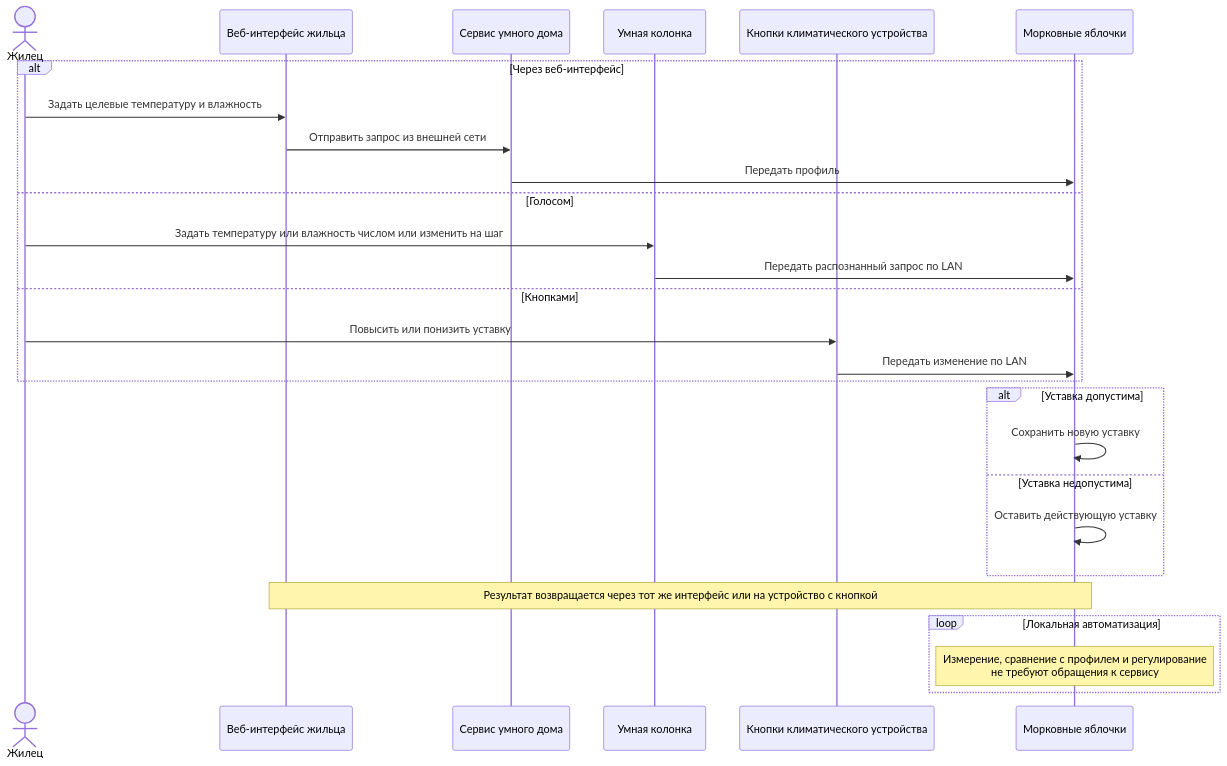
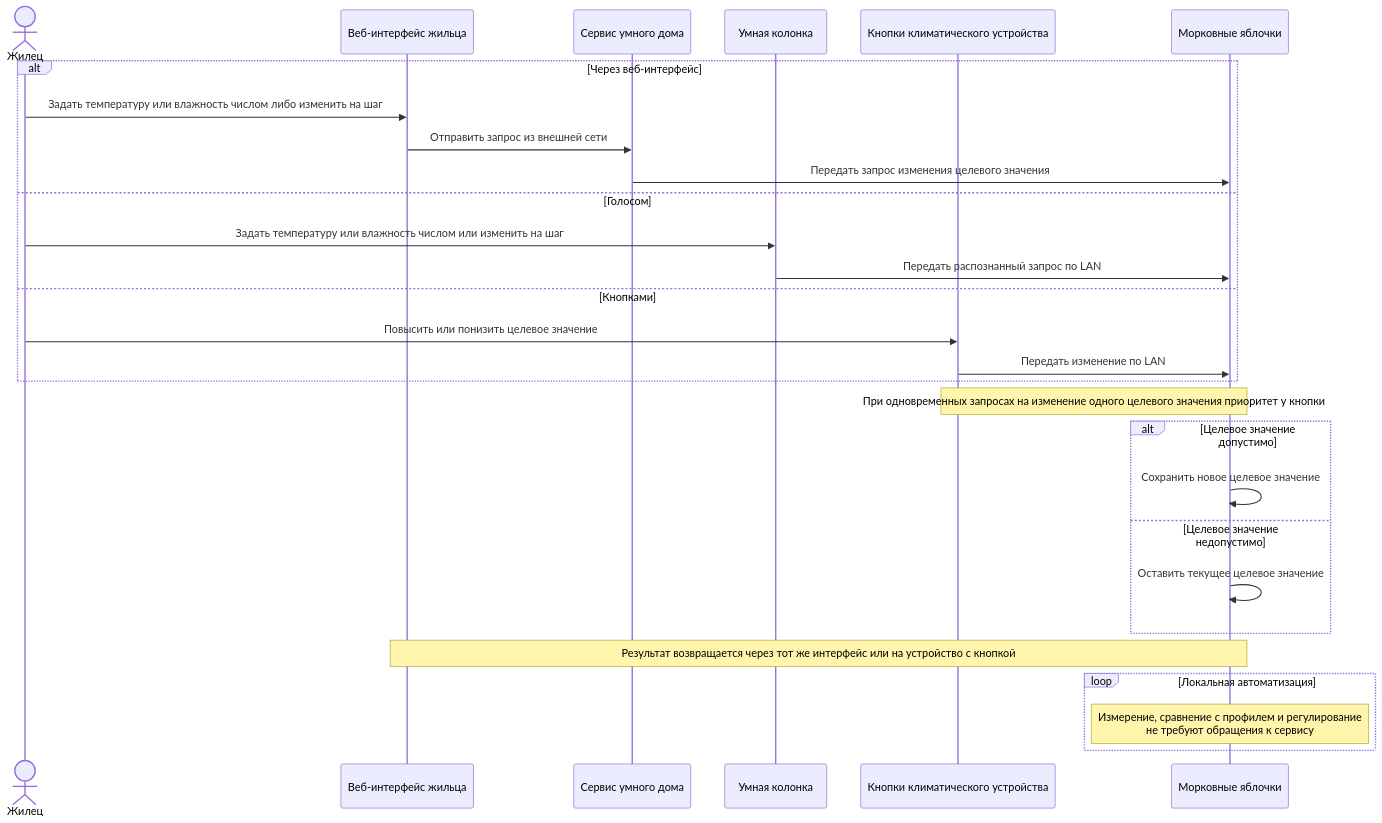
Before and after one commit to BPLA-Team/carrot-apples: the diagram in customer_side/base_scenarios/S01_CLIMATE.md, drawn with Mermaid. The commit also changed other lines of this file and 5 other files, not shown here.

````diff
--- a/customer_side/base_scenarios/S01_CLIMATE.md
+++ b/customer_side/base_scenarios/S01_CLIMATE.md
@@ -3,29 +3,30 @@
 ```mermaid
 sequenceDiagram
     actor R as Жилец
     participant W as Веб-интерфейс жильца
     participant S as Сервис умного дома
     participant K as Умная колонка
     participant B as Кнопки климатического устройства
     participant H as Морковные яблочки
     alt Через веб-интерфейс
-        R->>W: Задать целевые температуру и влажность
+        R->>W: Задать температуру или влажность числом либо изменить на шаг
         W->>S: Отправить запрос из внешней сети
-        S->>H: Передать профиль
+        S->>H: Передать запрос изменения целевого значения
     else Голосом
         R->>K: Задать температуру или влажность числом или изменить на шаг
         K->>H: Передать распознанный запрос по LAN
     else Кнопками
-        R->>B: Повысить или понизить уставку
+        R->>B: Повысить или понизить целевое значение
         B->>H: Передать изменение по LAN
     end
-    alt Уставка допустима
-        H->>H: Сохранить новую уставку
-    else Уставка недопустима
-        H->>H: Оставить действующую уставку
+    Note over B,H: При одновременных запросах на изменение одного целевого значения приоритет у кнопки
+    alt Целевое значение допустимо
+        H->>H: Сохранить новое целевое значение
+    else Целевое значение недопустимо
+        H->>H: Оставить текущее целевое значение
     end
     Note over W,H: Результат возвращается через тот же интерфейс или на устройство с кнопкой
     loop Локальная автоматизация
         Note over H: Измерение, сравнение с профилем и регулирование<br/>не требуют обращения к сервису
     end
 ```
````
